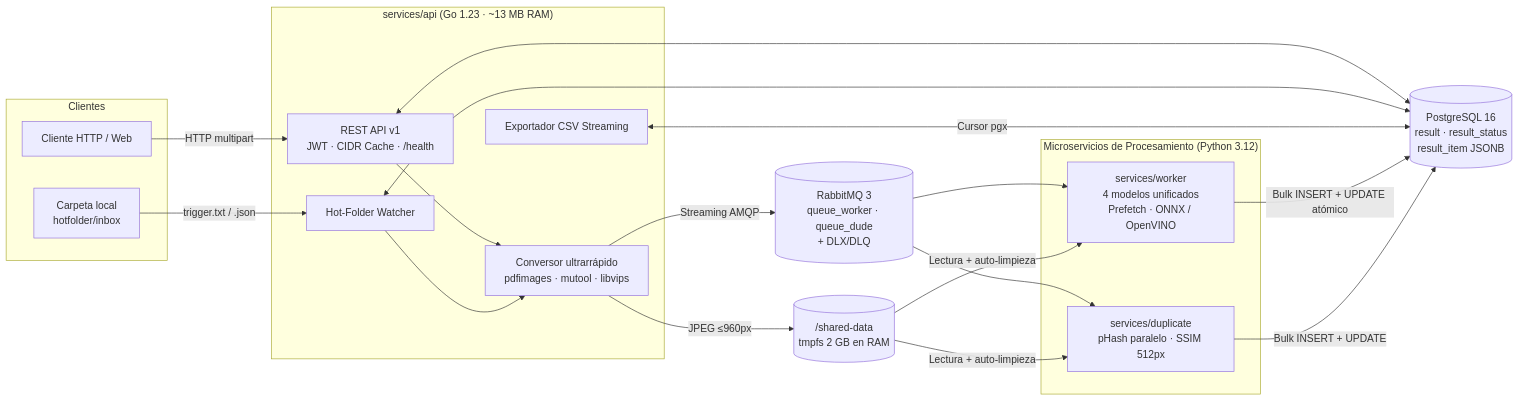
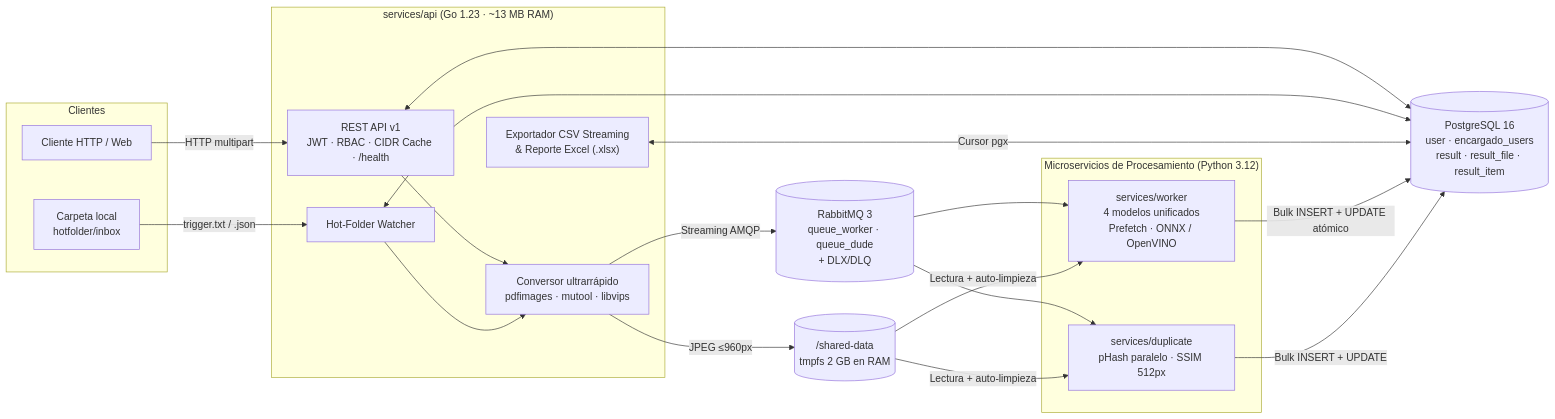
One commit to builker-col/DESD-API-Rest changed the diagram in README.md. Above: the diagram before and after it, drawn with Mermaid. The commit also changed other lines of this file and 16 other files, not shown here.

Commit message:
Add RBAC task visibility and Excel processing reports

````diff
--- a/README.md
+++ b/README.md
@@ -27,39 +32,39 @@
 ```mermaid
 flowchart LR
     subgraph Clientes
         C1["Cliente HTTP / Web"]
         C2["Carpeta local<br/>hotfolder/inbox"]
     end
 
     subgraph API["services/api (Go 1.23 · ~13 MB RAM)"]
-        HTTP["REST API v1<br/>JWT · CIDR Cache · /health"]
+        HTTP["REST API v1<br/>JWT · RBAC · CIDR Cache · /health"]
         HF["Hot-Folder Watcher"]
         CONV["Conversor ultrarrápido<br/>pdfimages · mutool · libvips"]
-        EXP["Exportador CSV Streaming"]
+        EXP["Exportador CSV Streaming<br/>& Reporte Excel (.xlsx)"]
     end
 
     TMP[("/shared-data<br/>tmpfs 2 GB en RAM")]
     RMQ[("RabbitMQ 3<br/>queue_worker · queue_dude<br/>+ DLX/DLQ")]
-    PG[("PostgreSQL 16<br/>result · result_status<br/>result_item JSONB")]
+    PG[("PostgreSQL 16<br/>user · encargado_users<br/>result · result_file · result_item")]
 
     subgraph Workers["Microservicios de Procesamiento (Python 3.12)"]
         W["services/worker<br/>4 modelos unificados<br/>Prefetch · ONNX / OpenVINO"]
         D["services/duplicate<br/>pHash paralelo · SSIM 512px"]
     end
 
     C1 -->|"HTTP multipart"| HTTP
     C2 -->|"trigger.txt / .json"| HF
     HTTP --> CONV
     HF --> CONV
     CONV -->|"JPEG ≤960px"| TMP
     CONV -->|"Streaming AMQP"| RMQ
     HTTP <--> PG
     HF <--> PG
     EXP <-->|"Cursor pgx"| PG
     RMQ --> W
     RMQ --> D
     TMP -->|"Lectura + auto-limpieza"| W
     TMP -->|"Lectura + auto-limpieza"| D
     W -->|"Bulk INSERT + UPDATE atómico"| PG
     D -->|"Bulk INSERT + UPDATE"| PG
 ```
````
